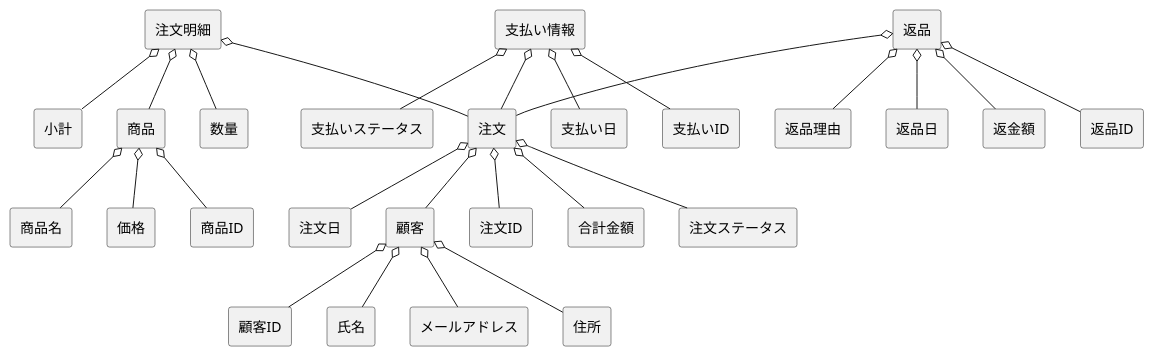
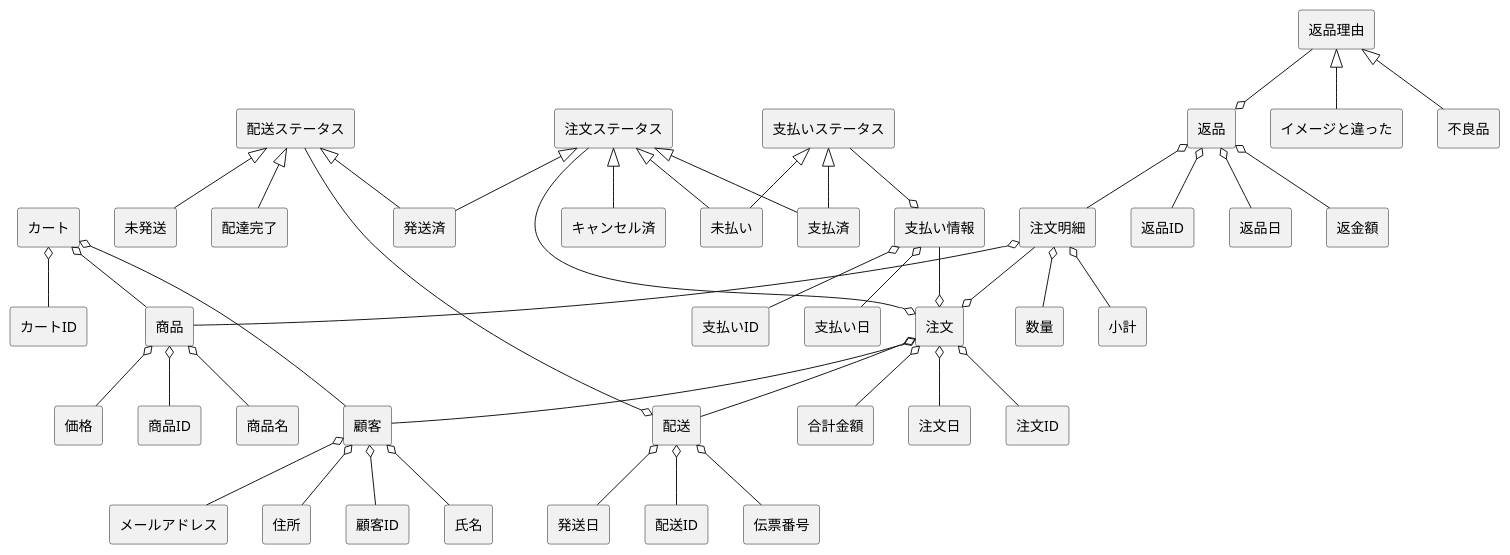
Before and after one commit to amaneko0608/ohara_uml: the diagram in group/BB/BBdomain copy.pu, drawn with PlantUML. The commit also changed 5 other files, not shown here.

```diff
--- a/group/BB/BBdomain copy.pu
+++ b/group/BB/BBdomain copy.pu
@@ -1,41 +1,74 @@
 @startuml BBショップ注文管理ドメインモデル
 skinparam componentStyle rectangle
 
 ' 顧客エンティティ
 [顧客] o-- [顧客ID]
 [顧客] o-- [氏名]
 [顧客] o-- [メールアドレス]
 [顧客] o-- [住所]
+
+' カートエンティティ
+[カート] o-- [カートID]
+[カート] o-- [顧客]
+[カート] o-- [商品]
 
 ' 商品エンティティ
 [商品] o-- [商品ID]
 [商品] o-- [商品名]
 [商品] o-- [価格]
 
 ' 注文エンティティ
 [注文] o-- [注文ID]
 [注文] o-- [顧客]
 [注文] o-- [合計金額]
-[注文] o-- [注文ステータス]
 [注文] o-- [注文日]
 
+' 注文ステータスを独立化して白矢印で繋ぐ
+[注文ステータス] <|-- [未払い]
+[注文ステータス] <|-- [支払済]
+[注文ステータス] <|-- [発送済]
+[注文ステータス] <|-- [キャンセル済]
+[注文ステータス] --o [注文]
+
 ' 注文明細エンティティ
-[注文明細] o-- [注文]
+[注文明細] --o [注文]
 [注文明細] o-- [商品]
 [注文明細] o-- [数量]
 [注文明細] o-- [小計]
 
 ' 支払い情報エンティティ
-[支払い情報] o-- [注文]
+[支払い情報] --o [注文]
 [支払い情報] o-- [支払いID]
-[支払い情報] o-- [支払いステータス]
 [支払い情報] o-- [支払い日]
 
-' 返品エンティティ
-[返品] o-- [注文]
+' 支払いステータスを独立化して白矢印で繋ぐ
+[支払いステータス] <|-- [未払い]
+[支払いステータス] <|-- [支払済]
+[支払いステータス] --o [支払い情報]
+
+' 返品エンティティ（注文明細単位）
+[返品] o-- [注文明細]
 [返品] o-- [返品ID]
-[返品] o-- [返品理由]
 [返品] o-- [返品日]
 [返品] o-- [返金額]
 
+' 返品理由を独立化して白矢印で繋ぐ
+[返品理由] <|-- [イメージと違った]
+[返品理由] <|-- [不良品]
+[返品理由] --o [返品]
+
+' 配送エンティティ
+[配送] o-- [配送ID]
+[配送] o-- [伝票番号]
+[配送] o-- [発送日]
+
+' 配送ステータスを独立化して白矢印で繋ぐ
+[配送ステータス] <|-- [未発送]
+[配送ステータス] <|-- [発送済]
+[配送ステータス] <|-- [配達完了]
+[配送ステータス] --o [配送]
+
+' 注文と配送の関係
+[注文] o-- [配送]
+
 @enduml
```
